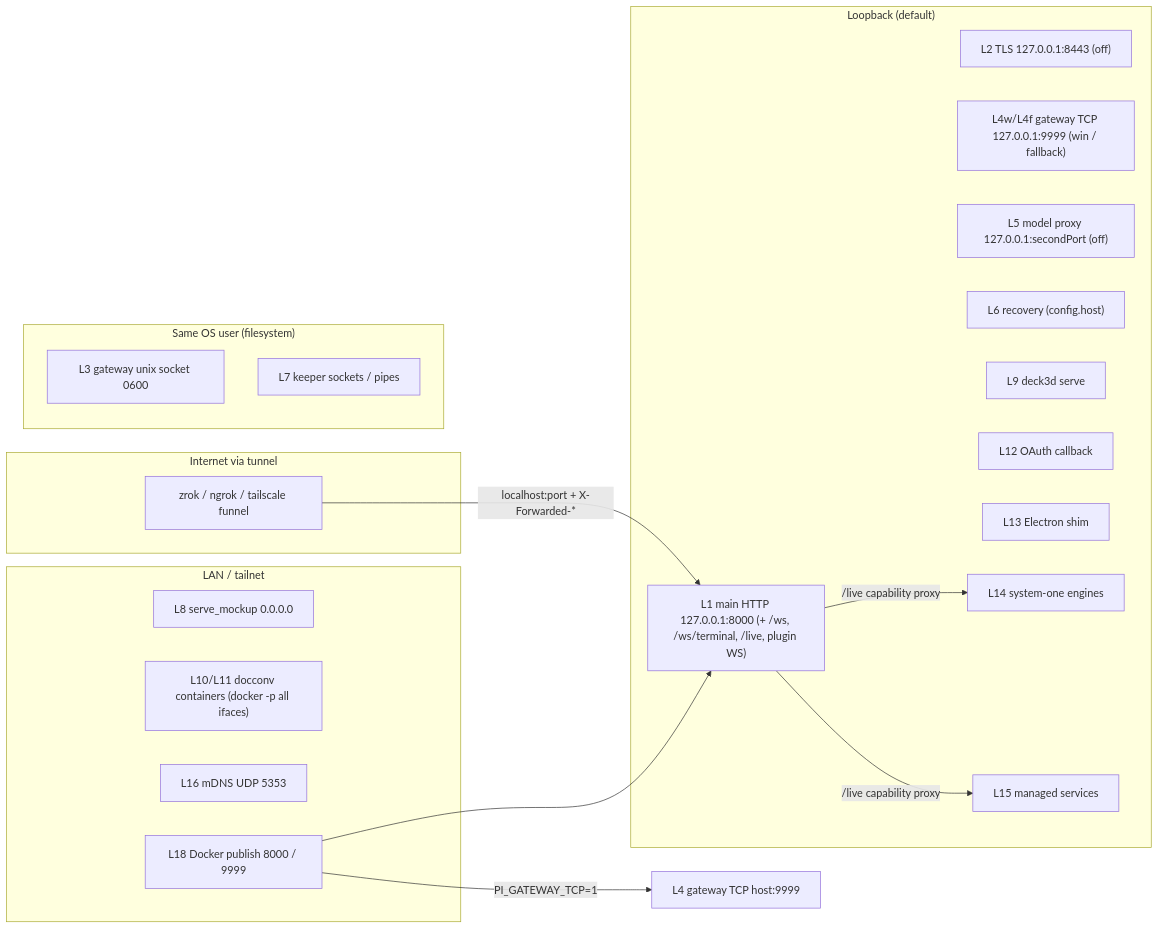
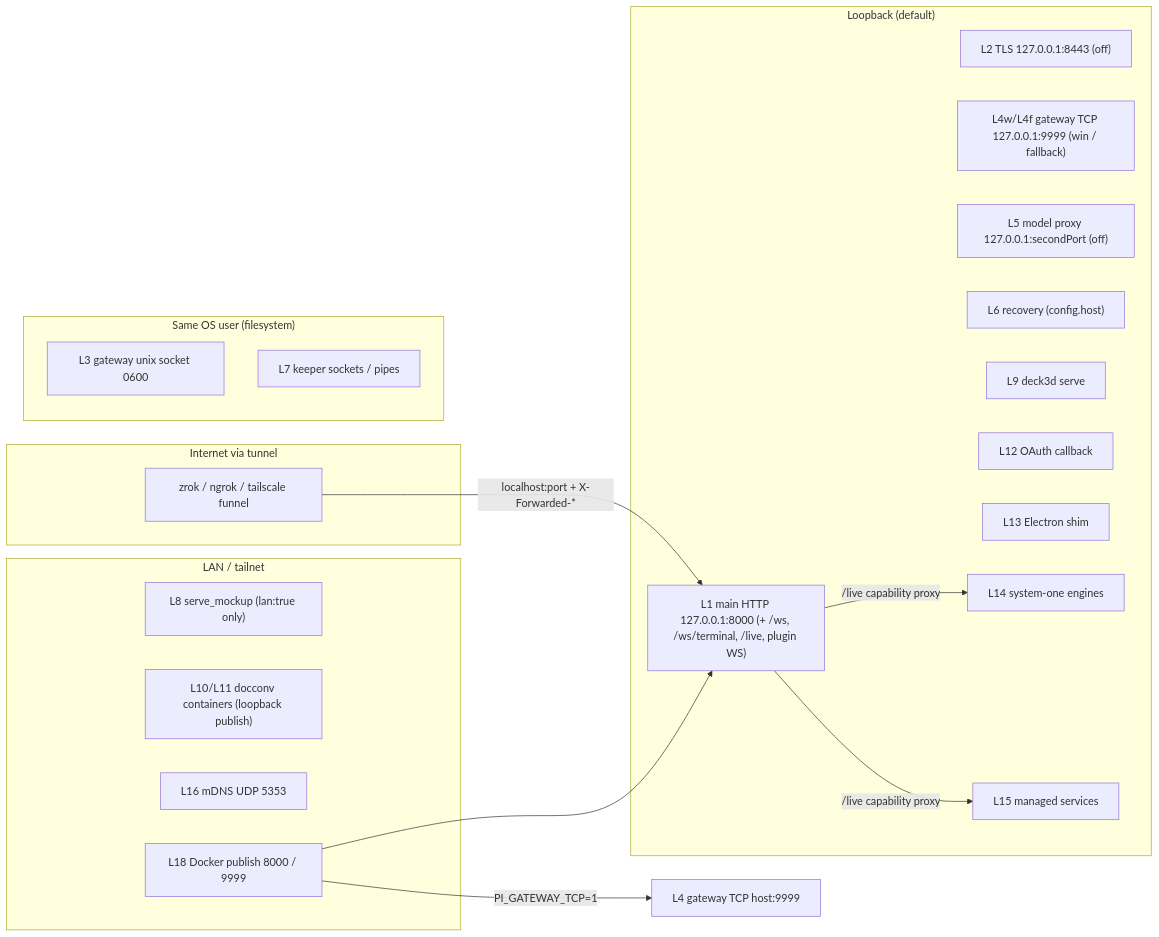
One commit to BlackBeltTechnology/pi-agent-dashboard changed the first of 2 diagrams in docs/security/network-surface.md. Above: the diagram before and after it, drawn with Mermaid. The commit also changed other lines of this file and 66 other files, not shown here.

````diff
--- a/docs/security/network-surface.md
+++ b/docs/security/network-surface.md
@@ -104,33 +104,33 @@
 ```mermaid
 flowchart LR
   subgraph NET["Internet via tunnel"]
     T1["zrok / ngrok / tailscale funnel"]
   end
   subgraph LAN["LAN / tailnet"]
-    L8["L8 serve_mockup 0.0.0.0"]
-    L10["L10/L11 docconv containers (docker -p all ifaces)"]
+    L8["L8 serve_mockup (lan:true only)"]
+    L10["L10/L11 docconv containers (loopback publish)"]
     L16["L16 mDNS UDP 5353"]
     L18["L18 Docker publish 8000 / 9999"]
   end
   subgraph LO["Loopback (default)"]
     L1["L1 main HTTP 127.0.0.1:8000 (+ /ws, /ws/terminal, /live, plugin WS)"]
     L2["L2 TLS 127.0.0.1:8443 (off)"]
     L4w["L4w/L4f gateway TCP 127.0.0.1:9999 (win / fallback)"]
     L5["L5 model proxy 127.0.0.1:secondPort (off)"]
     L6["L6 recovery (config.host)"]
     L9["L9 deck3d serve"]
     L12["L12 OAuth callback"]
     L13["L13 Electron shim"]
     L14["L14 system-one engines"]
     L15["L15 managed services"]
   end
   subgraph FS["Same OS user (filesystem)"]
     L3["L3 gateway unix socket 0600"]
     L7["L7 keeper sockets / pipes"]
   end
   T1 -->|"localhost:port + X-Forwarded-*"| L1
   L18 --> L1
   L18 -->|"PI_GATEWAY_TCP=1"| L4["L4 gateway TCP host:9999"]
   L1 -->|"/live capability proxy"| L15
   L1 -->|"/live capability proxy"| L14
 ```
````
